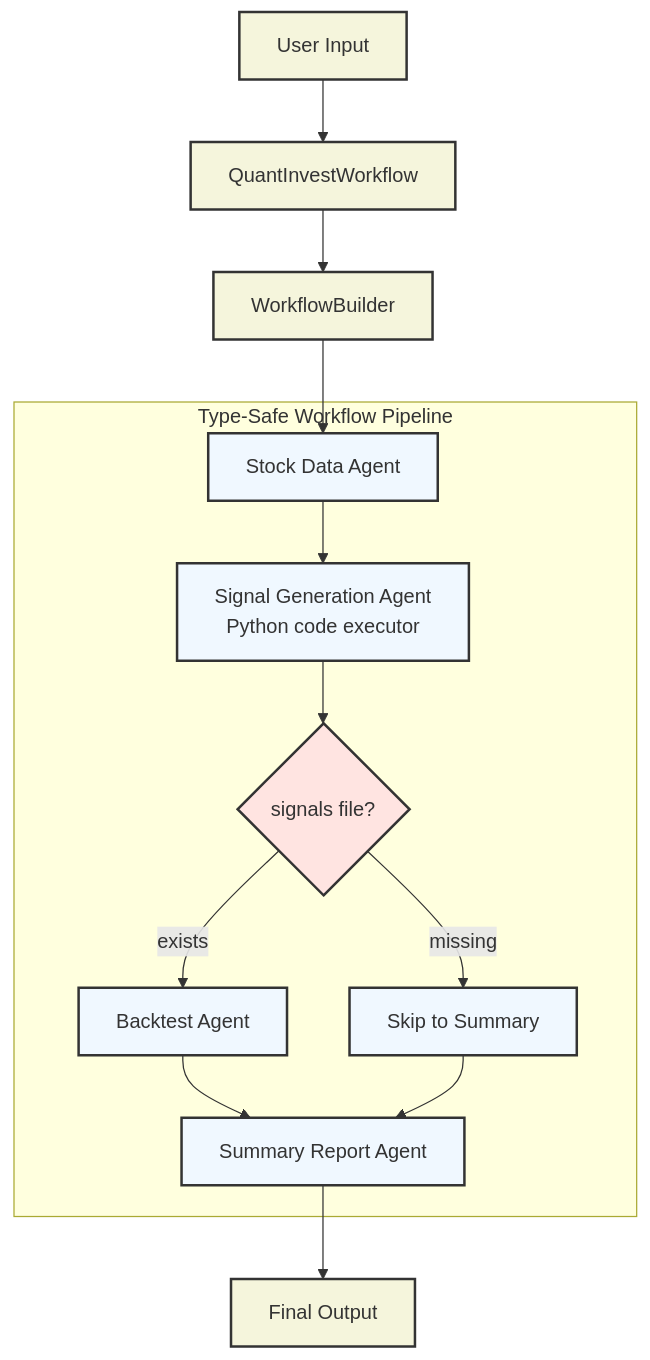
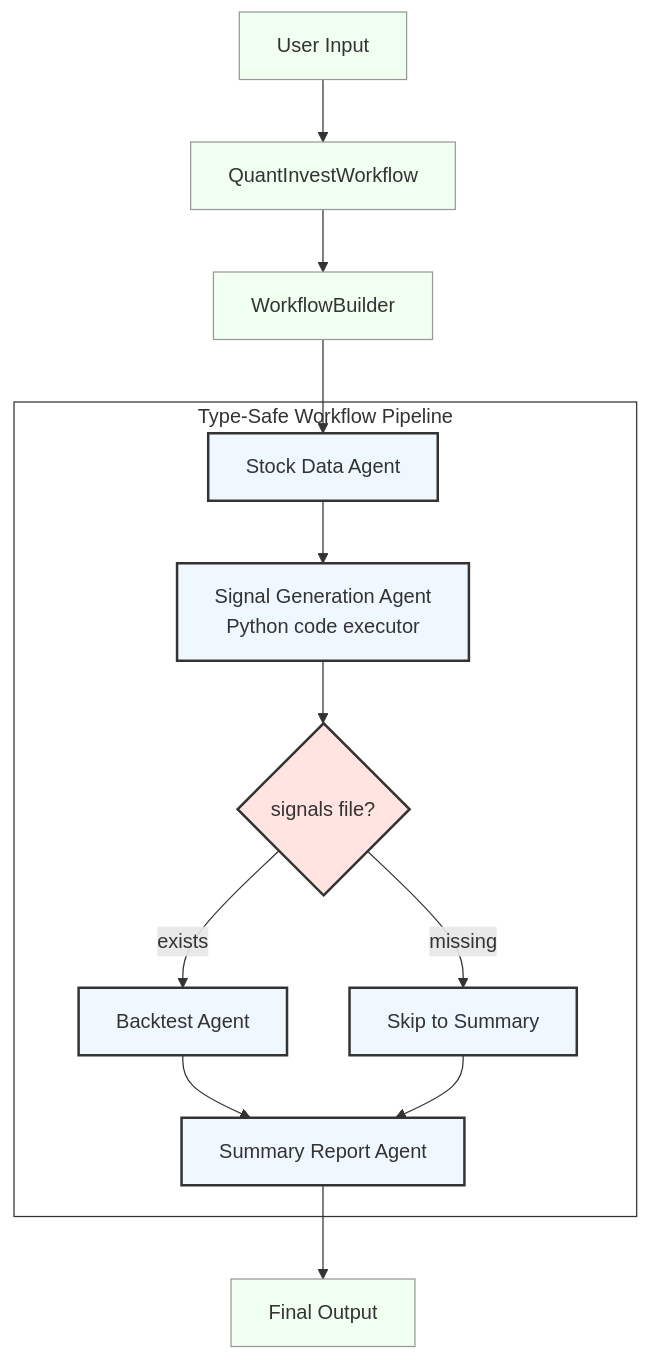
Before and after one commit to kimtth/agent-quant-stock-invest: the first of 2 diagrams in README.md, drawn with Mermaid. The commit also changed other lines of this file and 2 other files, not shown here.

Commit message:
fix: update flowchart styles and remove unused Dev UI code

````diff
--- a/README.md
+++ b/README.md
@@ -119,21 +53,22 @@
 ```mermaid
 flowchart TD
-    classDef kernel fill:#f5f5dc,stroke:#333,stroke-width:2px
-    classDef cpu    fill:#f0f8ff,stroke:#333,stroke-width:2px
-    classDef proc   fill:#ffe4e1,stroke:#333,stroke-width:2px
+    classDef orchestrator fill:#f0fff0,stroke:#999,stroke-width:1px
+    classDef agent        fill:#f0f8ff,stroke:#333,stroke-width:2px
+    classDef decision     fill:#ffe4e1,stroke:#333,stroke-width:2px
 
-    A[User Input]:::kernel --> B[QuantInvestWorkflow]:::kernel
-    B --> C[WorkflowBuilder]:::kernel
+    A[User Input]:::orchestrator --> B[QuantInvestWorkflow]:::orchestrator
+    B --> C[WorkflowBuilder]:::orchestrator
 
     subgraph Pipeline [Type-Safe Workflow Pipeline]
-        D[Stock Data Agent]:::cpu --> E[Signal Generation Agent<br/>Python code executor]:::cpu
-        E --> F{signals file?}:::proc
-        F -->|exists| G[Backtest Agent]:::cpu
-        F -->|missing| H[Skip to Summary]:::cpu
-        G --> I[Summary Report Agent]:::cpu
+        D[Stock Data Agent]:::agent --> E[Signal Generation Agent<br/>Python code executor]:::agent
+        E --> F{signals file?}:::decision
+        F -->|exists| G[Backtest Agent]:::agent
+        F -->|missing| H[Skip to Summary]:::agent
+        G --> I[Summary Report Agent]:::agent
         H --> I
     end
+    style Pipeline fill:none,stroke:#333,stroke-width:1px
 
     C --> D
-    I --> J[Final Output]:::kernel
+    I --> J[Final Output]:::orchestrator
 ```
````
